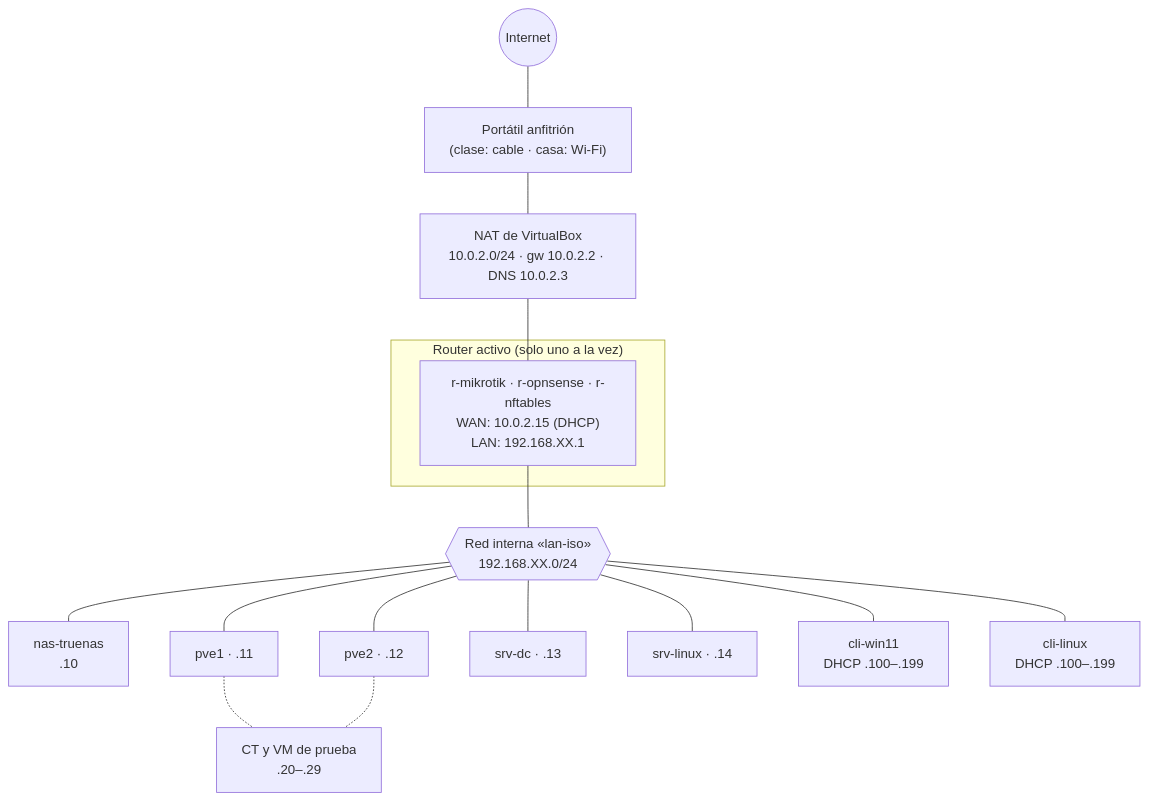
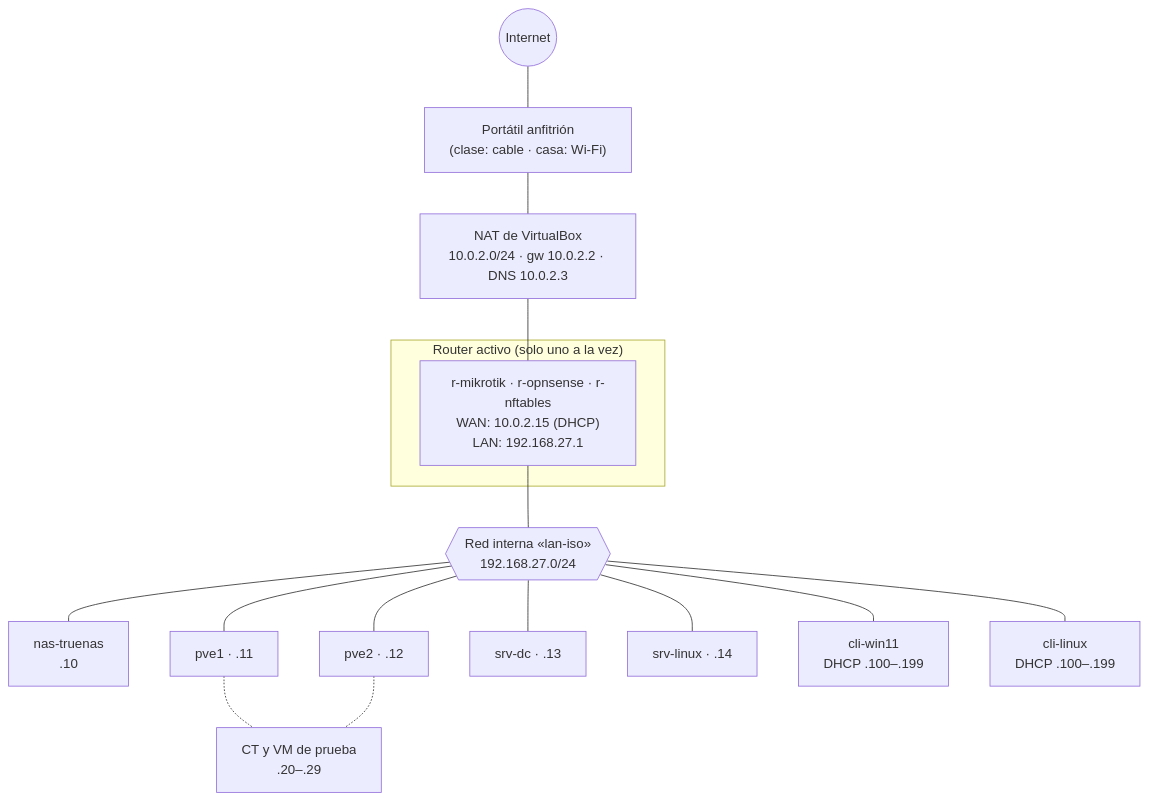
Before and after one commit to varo010/asix-individual-ISO: the diagram in docs/04-red.md, drawn with Mermaid. The commit also changed other lines of this file and 7 other files, not shown here.

````diff
--- a/docs/04-red.md
+++ b/docs/04-red.md
@@ -16,25 +16,25 @@
 ```mermaid
 flowchart TB
     INET((Internet))
     HOST["Portátil anfitrión<br/>(clase: cable · casa: Wi-Fi)"]
     NAT["NAT de VirtualBox<br/>10.0.2.0/24 · gw 10.0.2.2 · DNS 10.0.2.3"]
     INET --- HOST --- NAT
 
     subgraph ROUTER["Router activo (solo uno a la vez)"]
-        R["r-mikrotik · r-opnsense · r-nftables<br/>WAN: 10.0.2.15 (DHCP)<br/>LAN: 192.168.XX.1"]
+        R["r-mikrotik · r-opnsense · r-nftables<br/>WAN: 10.0.2.15 (DHCP)<br/>LAN: 192.168.27.1"]
     end
     NAT --- R
 
-    LAN{{"Red interna «lan-iso»<br/>192.168.XX.0/24"}}
+    LAN{{"Red interna «lan-iso»<br/>192.168.27.0/24"}}
     R --- LAN
 
     LAN --- NAS["nas-truenas<br/>.10"]
     LAN --- P1["pve1 · .11"]
     LAN --- P2["pve2 · .12"]
     LAN --- DC["srv-dc · .13"]
     LAN --- SL["srv-linux · .14"]
     LAN --- W["cli-win11<br/>DHCP .100–.199"]
     LAN --- U["cli-linux<br/>DHCP .100–.199"]
     P1 -.- G["CT y VM de prueba<br/>.20–.29"]
     P2 -.- G
 ```
````
